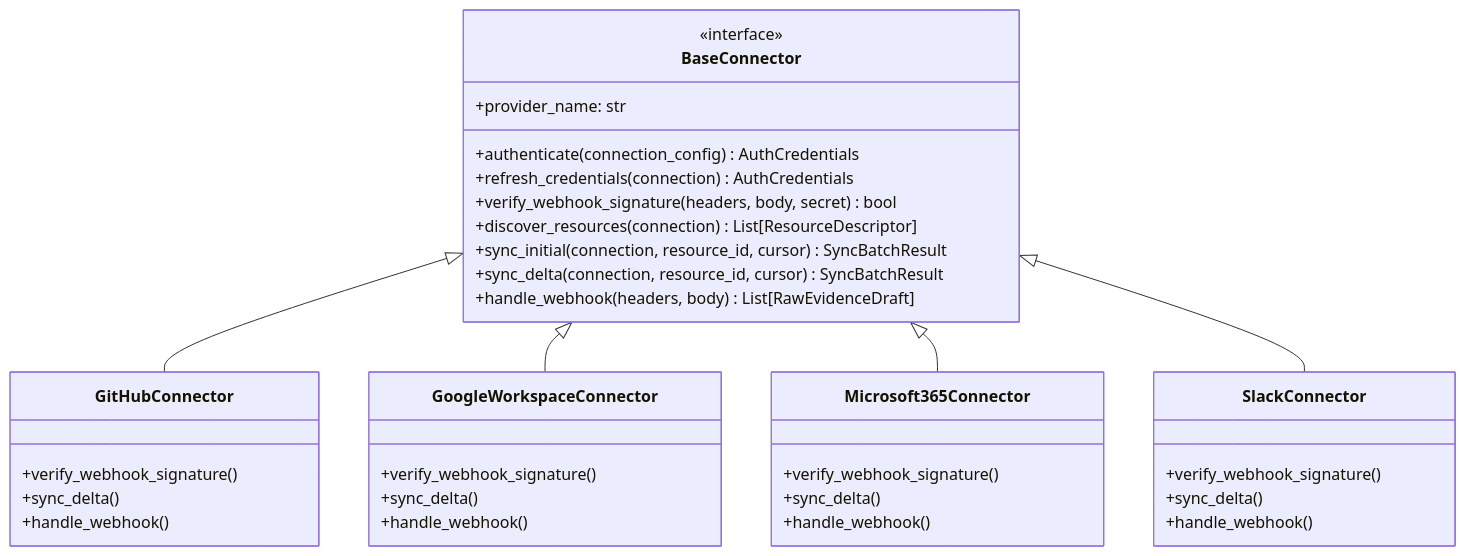
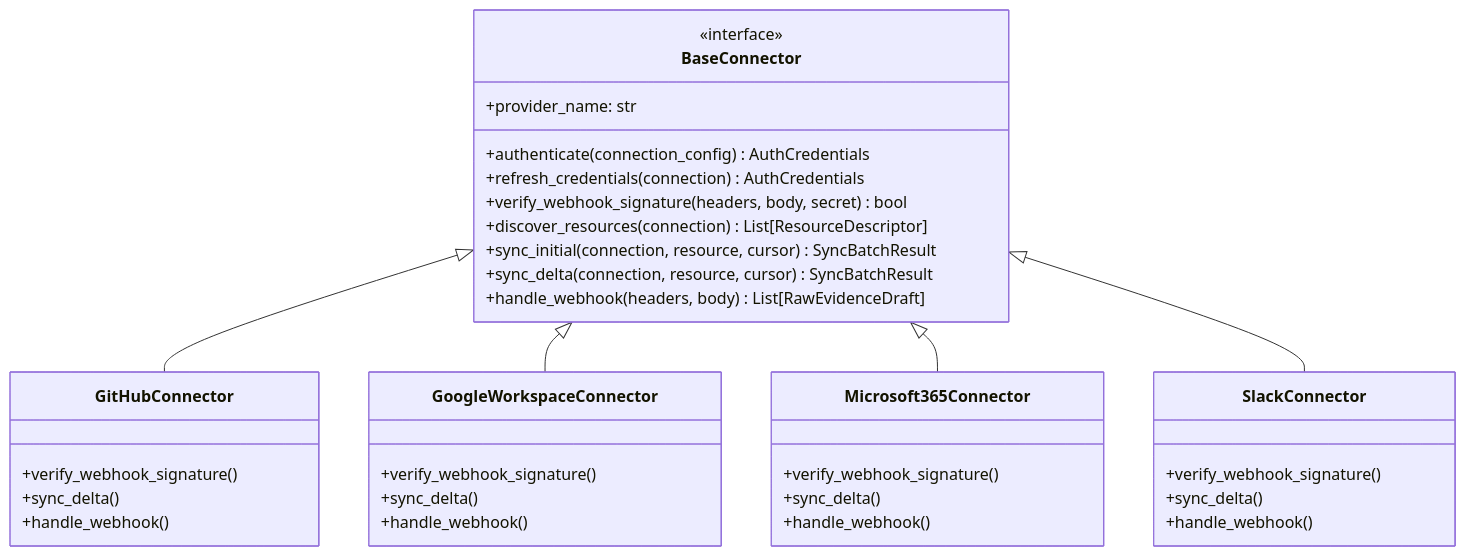
One commit to Abhishek-Kanti/Fabric changed the first of 4 diagrams in docs/architecture/connectors-ingestion.md. Above: the diagram before and after it, drawn with Mermaid. The commit also changed other lines of this file, not shown here.

````diff
--- a/docs/architecture/connectors-ingestion.md
+++ b/docs/architecture/connectors-ingestion.md
@@ -74,40 +92,40 @@
 ```mermaid
 classDiagram
     class BaseConnector {
         <<interface>>
         +provider_name: str
         +authenticate(connection_config) AuthCredentials
         +refresh_credentials(connection) AuthCredentials
         +verify_webhook_signature(headers, body, secret) bool
         +discover_resources(connection) List[ResourceDescriptor]
-        +sync_initial(connection, resource_id, cursor) SyncBatchResult
-        +sync_delta(connection, resource_id, cursor) SyncBatchResult
+        +sync_initial(connection, resource, cursor) SyncBatchResult
+        +sync_delta(connection, resource, cursor) SyncBatchResult
         +handle_webhook(headers, body) List[RawEvidenceDraft]
     }
 
     class GitHubConnector {
         +verify_webhook_signature()
         +sync_delta()
         +handle_webhook()
     }
     class GoogleWorkspaceConnector {
         +verify_webhook_signature()
         +sync_delta()
         +handle_webhook()
     }
     class Microsoft365Connector {
         +verify_webhook_signature()
         +sync_delta()
         +handle_webhook()
     }
     class SlackConnector {
         +verify_webhook_signature()
         +sync_delta()
         +handle_webhook()
     }
 
     BaseConnector <|-- GitHubConnector
     BaseConnector <|-- GoogleWorkspaceConnector
     BaseConnector <|-- Microsoft365Connector
     BaseConnector <|-- SlackConnector
 ```
````
